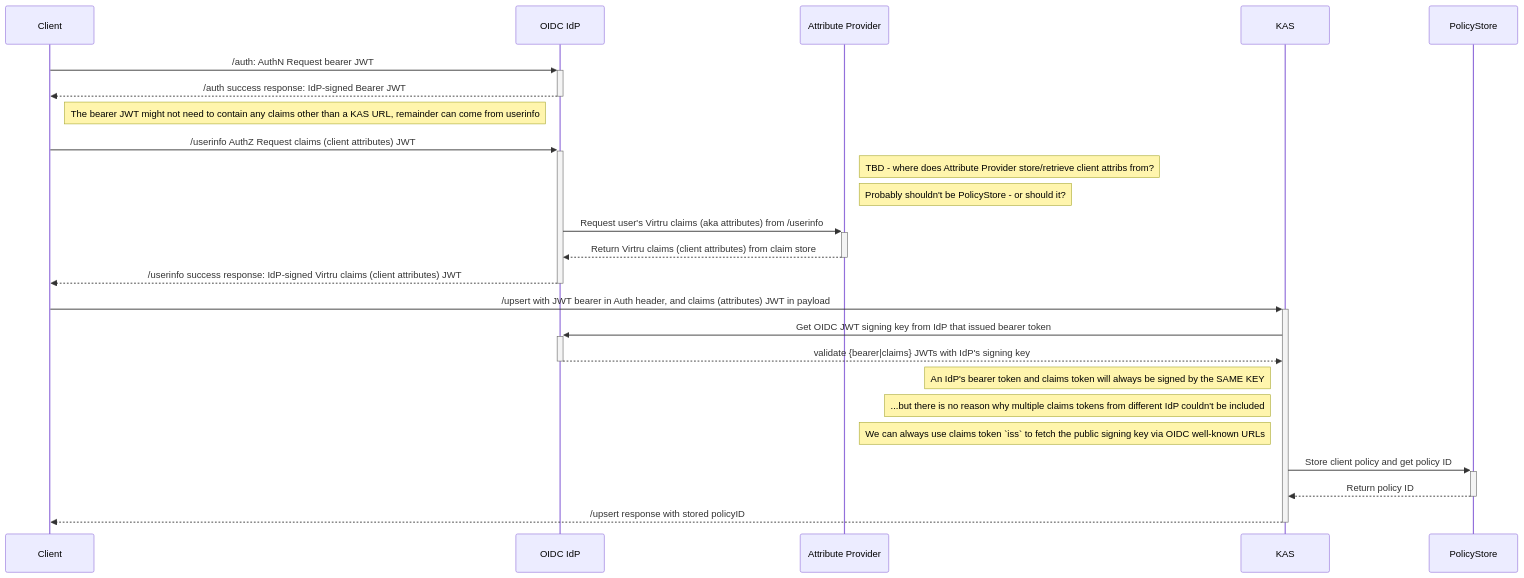
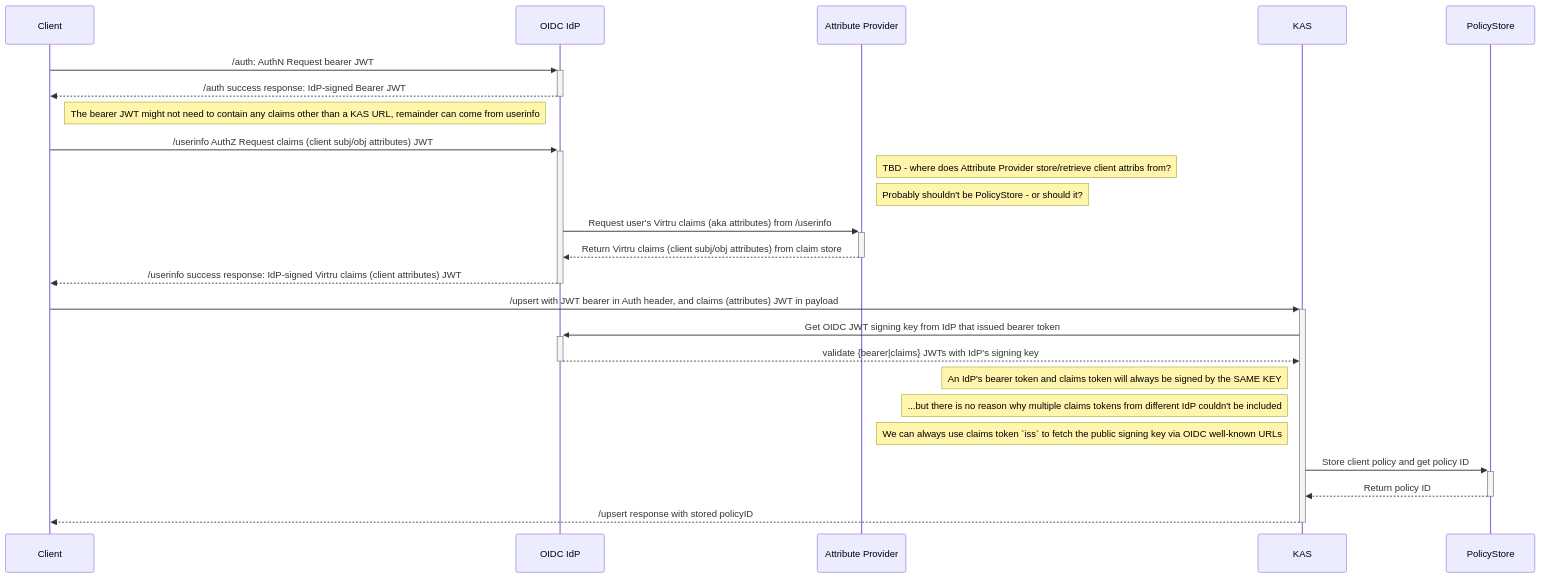
The diagram in diagrams/oidc-online-upsert.mmd (opentdf/spec), drawn with Mermaid before and after one commit. The commit also changed 11 other files, not shown here.

Commit message:
Update diagrams

```diff
--- a/diagrams/oidc-online-upsert.mmd
+++ b/diagrams/oidc-online-upsert.mmd
@@ -1,32 +1,32 @@
 sequenceDiagram
 
     participant Client
     participant IdP as OIDC IdP
     participant Attribute Provider
     participant KAS
     participant PolicyStore
 
 
 
         Client->>+IdP: /auth: AuthN Request bearer JWT
         IdP-->>-Client: /auth success response: IdP-signed Bearer JWT
         Note right of Client: The bearer JWT might not need to contain any claims other than a KAS URL, remainder can come from userinfo
 
-        Client->>+IdP: /userinfo AuthZ Request claims (client attributes) JWT
+        Client->>+IdP: /userinfo AuthZ Request claims (client subj/obj attributes) JWT
         Note right of Attribute Provider: TBD - where does Attribute Provider store/retrieve client attribs from?
         Note right of Attribute Provider: Probably shouldn't be PolicyStore - or should it?
         IdP->>+Attribute Provider: Request user's Virtru claims (aka attributes) from /userinfo
 
-        Attribute Provider-->>-IdP: Return Virtru claims (client attributes) from claim store
+        Attribute Provider-->>-IdP: Return Virtru claims (client subj/obj attributes) from claim store
         IdP-->>-Client: /userinfo success response: IdP-signed Virtru claims (client attributes) JWT
 
         Client->>+KAS: /upsert with JWT bearer in Auth header, and claims (attributes) JWT in payload
         KAS->>+IdP: Get OIDC JWT signing key from IdP that issued bearer token
         IdP-->>-KAS: validate {bearer|claims} JWTs with IdP's signing key
         Note left of KAS: An IdP's bearer token and claims token will always be signed by the SAME KEY
         Note left of KAS: ...but there is no reason why multiple claims tokens from different IdP couldn't be included
         Note left of KAS: We can always use claims token `iss` to fetch the public signing key via OIDC well-known URLs
         KAS->>+PolicyStore: Store client policy and get policy ID
         PolicyStore-->>-KAS: Return policy ID
 
         KAS-->>-Client: /upsert response with stored policyID
```
